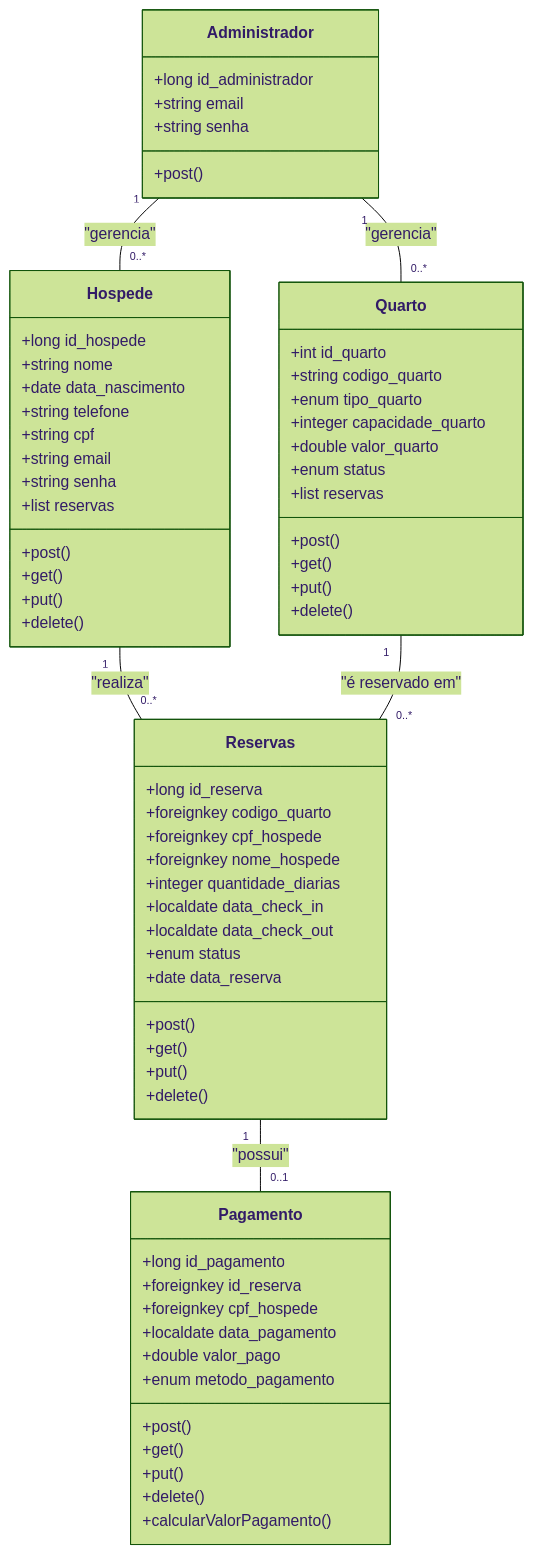
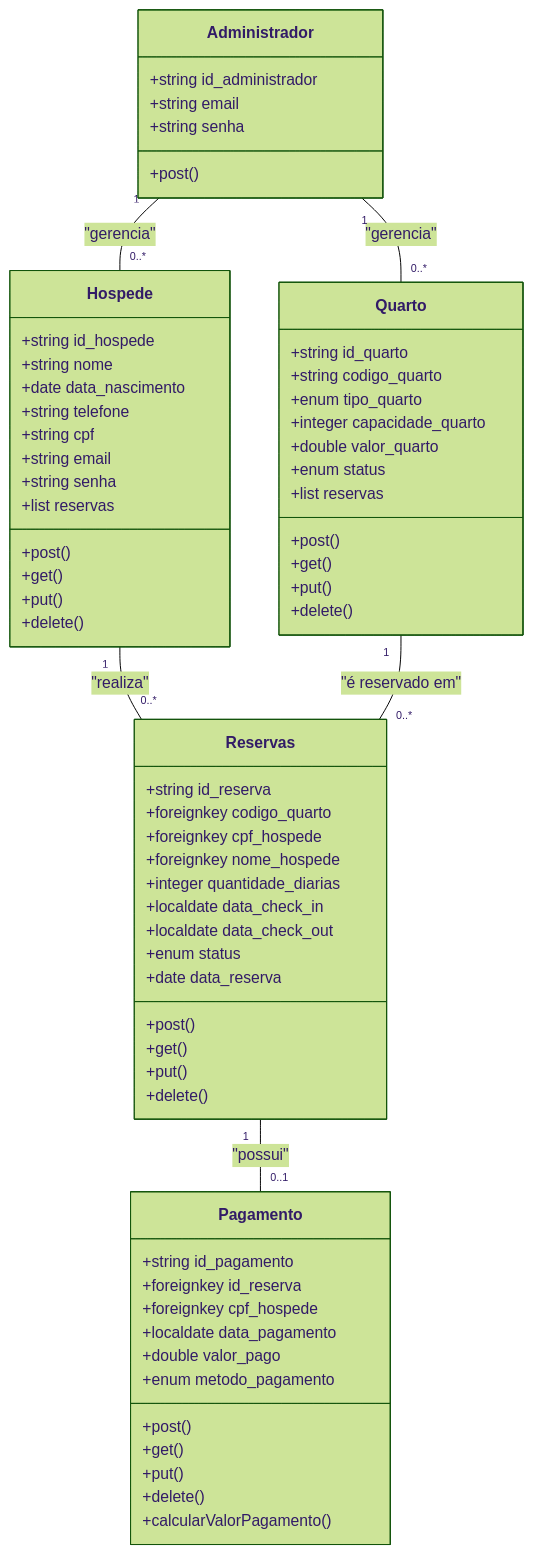
One commit to epicestudar/Hostly-java-interface changed the first of 3 diagrams in README.md. Above: the diagram before and after it, drawn with Mermaid (forest theme). The commit also changed other lines of this file, not shown here.

````diff
--- a/README.md
+++ b/README.md
@@ -62,75 +62,75 @@
 ```mermaid
 classDiagram
     class Administrador {
-        +long id_administrador
+        +string id_administrador
         +string email
         +string senha
         +post()
     }
 
     class Hospede {
-        +long id_hospede
+        +string id_hospede
         +string nome
         +date data_nascimento
         +string telefone
         +string cpf
         +string email
         +string senha
         +list<Reserva> reservas
         +post()
         +get()
         +put()
         +delete()
     }
 
     class Quarto {
-        +int id_quarto
+        +string id_quarto
         +string codigo_quarto
         +enum tipo_quarto
         +integer capacidade_quarto
         +double valor_quarto
         +enum status
         +list<Reserva> reservas
         +post()
         +get()
         +put()
         +delete()
     }
 
     class Reservas {
-        +long id_reserva
+        +string id_reserva
         +foreignkey codigo_quarto
         +foreignkey cpf_hospede
         +foreignkey nome_hospede
         +integer quantidade_diarias
         +localdate data_check_in
         +localdate data_check_out
         +enum status
         +date data_reserva
         +post()
         +get()
         +put()
         +delete()
     }
 
     class Pagamento {
-        +long id_pagamento
+        +string id_pagamento
         +foreignkey id_reserva
         +foreignkey cpf_hospede
         +localdate data_pagamento
         +double valor_pago
         +enum metodo_pagamento
         +post()
         +get()
         +put()
         +delete()
         +calcularValorPagamento()
     }
 
     Administrador "1" -- "0..*" Hospede : "gerencia"
     Administrador "1" -- "0..*" Quarto : "gerencia"
     Hospede "1" -- "0..*" Reservas : "realiza"
     Quarto "1" -- "0..*" Reservas : "é reservado em"
     Reservas "1" -- "0..1" Pagamento : "possui"
 
 ```
````
